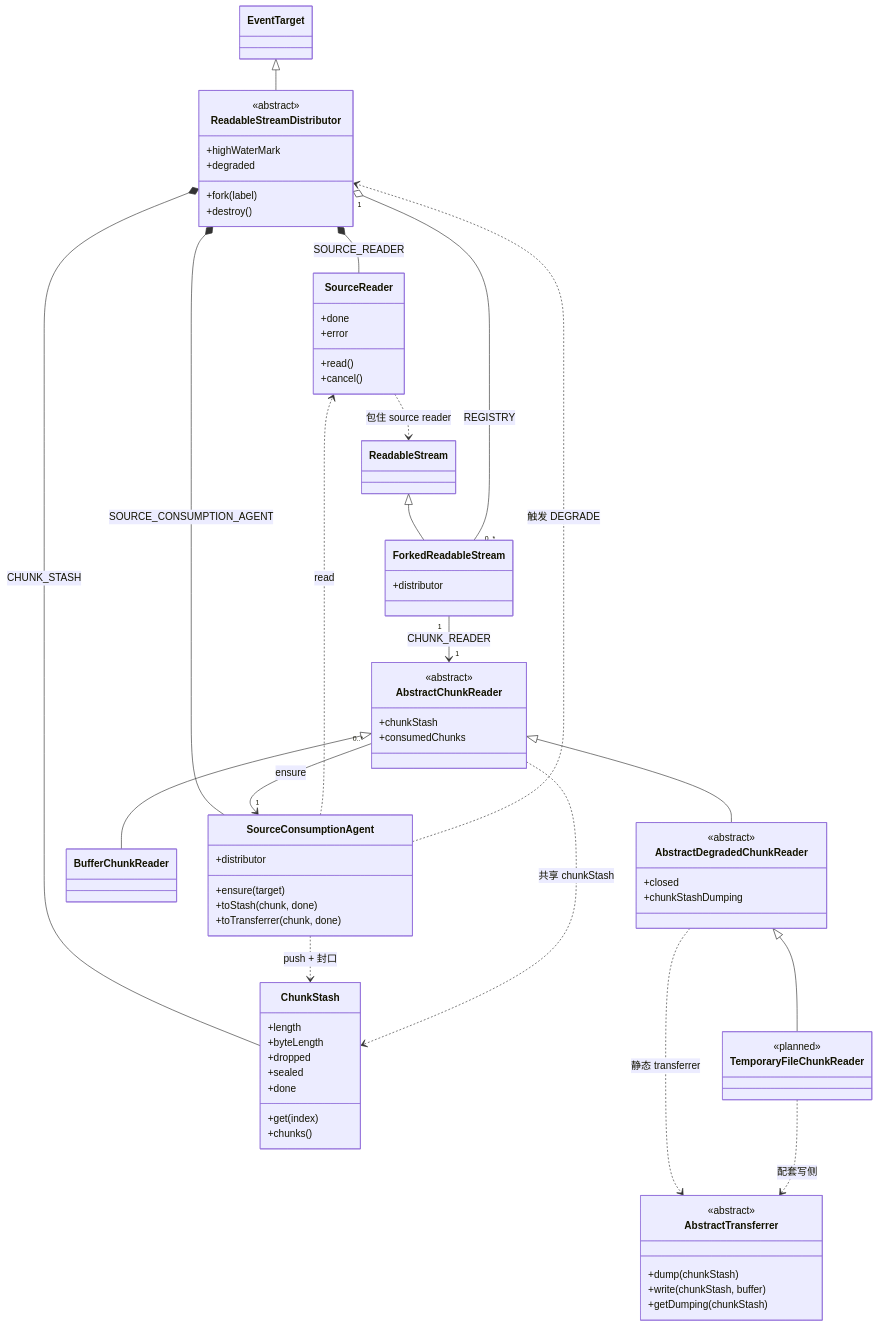
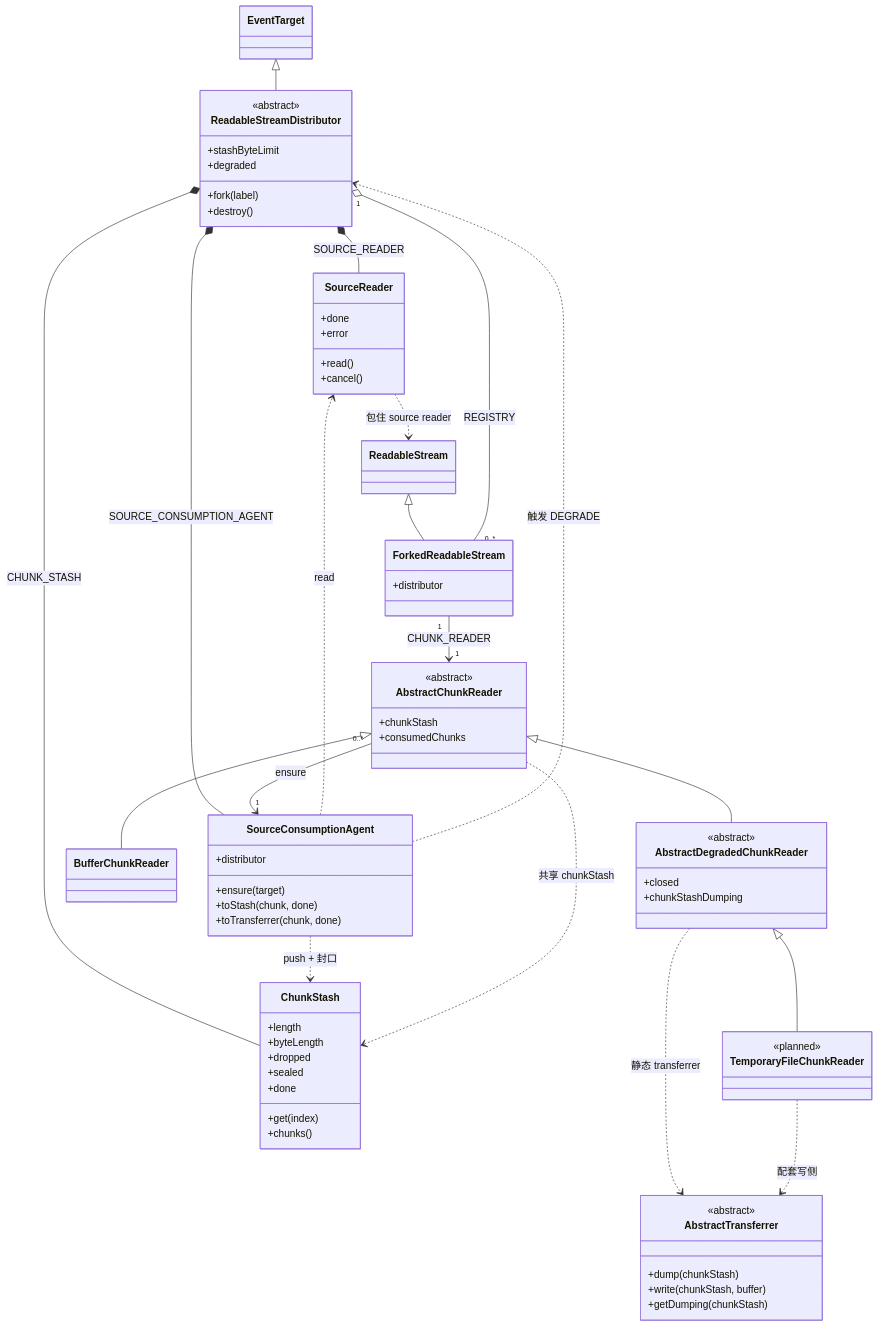
The second of 6 diagrams in DESIGN.md (produck/node-readable-stream-distributor), drawn with Mermaid before and after one commit. The commit also changed other lines of this file and 10 other files, not shown here.

```diff
--- a/DESIGN.md
+++ b/DESIGN.md
@@ -130,7 +132,7 @@
 
     class ReadableStreamDistributor {
         <<abstract>>
-        +highWaterMark
+        +stashByteLimit
         +degraded
         +fork(label)
         +destroy()
```
